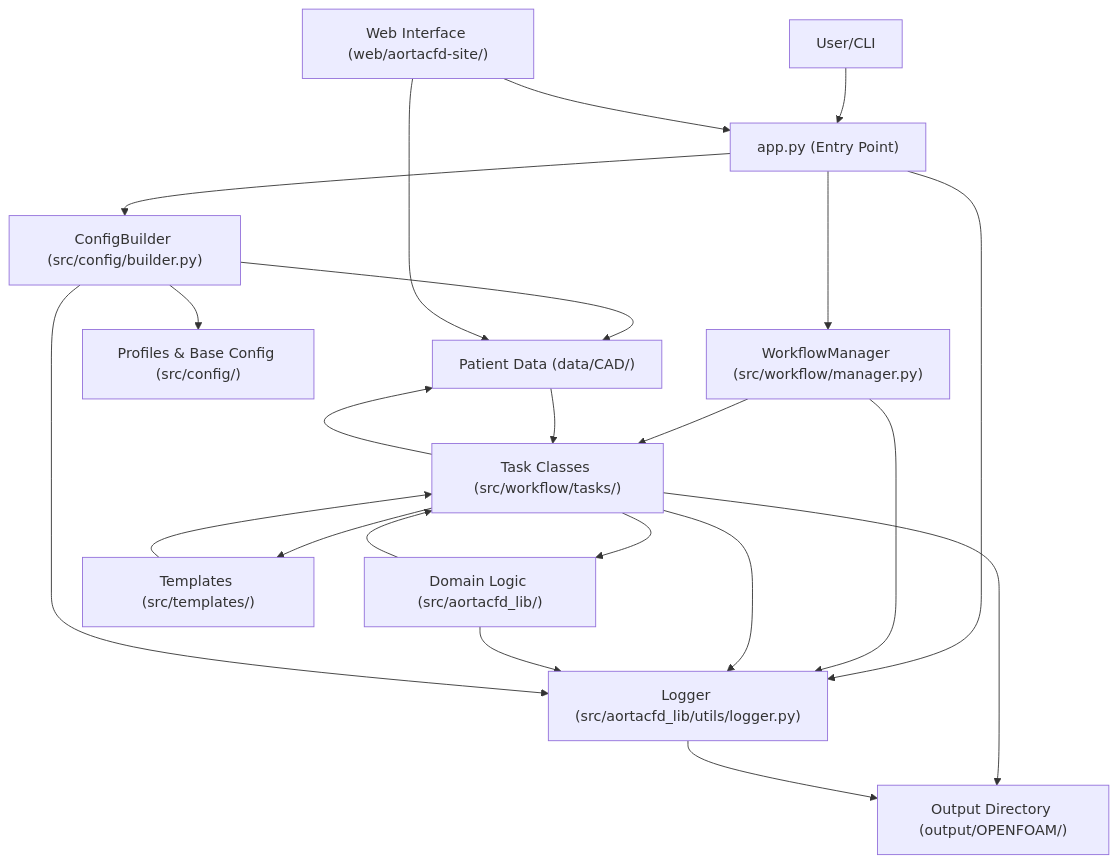
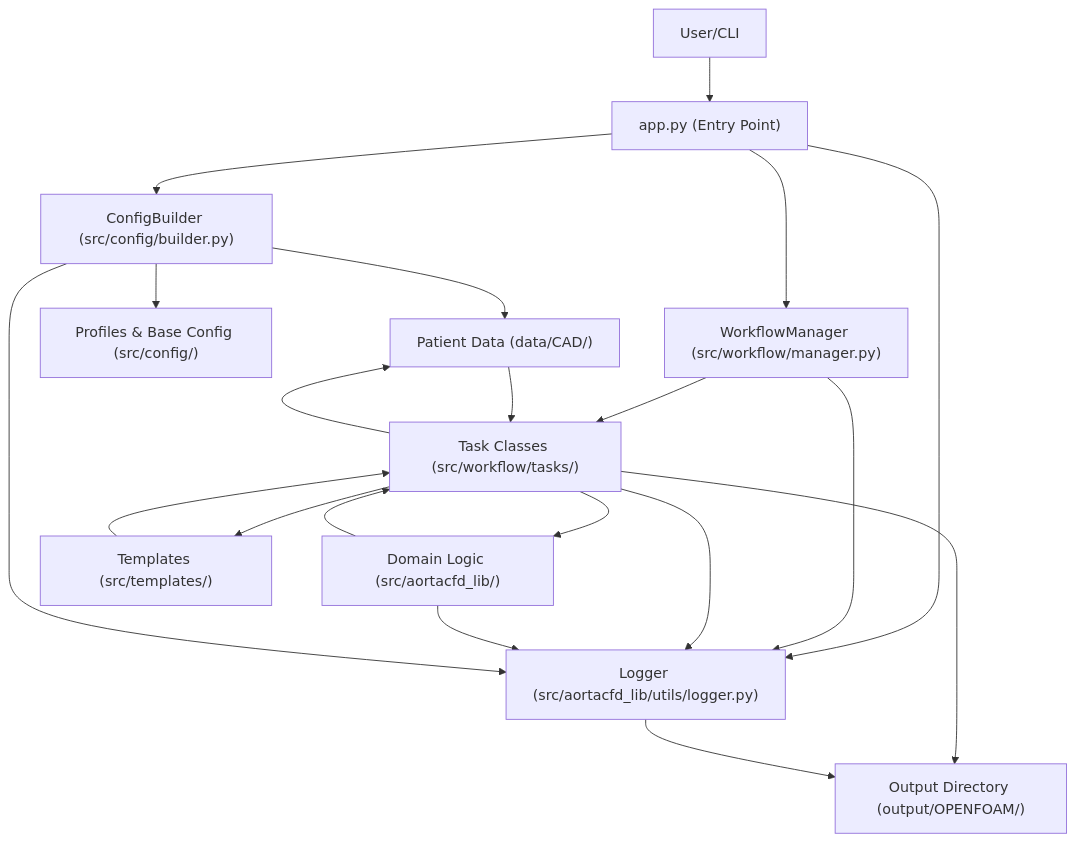
Before and after one commit to JieWangnk/AortaCFD-app: the diagram in README.md, drawn with Mermaid. The commit also changed other lines of this file and 63 other files, not shown here.

````diff
--- a/README.md
+++ b/README.md
@@ -173,25 +175,22 @@
 ```mermaid
 flowchart TD
     A["User/CLI"] --> B["app.py (Entry Point)"]
     B --> C["ConfigBuilder (src/config/builder.py)"]
     B --> D["WorkflowManager (src/workflow/manager.py)"]
     C --> I["Profiles & Base Config (src/config/)"]
     C --> H["Patient Data (data/CAD/)"]
     D --> E["Task Classes (src/workflow/tasks/)"]
     E --> F["Domain Logic (src/aortacfd_lib/)"]
     E --> G["Templates (src/templates/)"]
     E --> H
     E --> K["Output Directory (output/OPENFOAM/)"]
     B --> J["Logger (src/aortacfd_lib/utils/logger.py)"]
     D --> J
     E --> J
     F --> J
     C --> J
     G --> E
     H --> E
     F --> E
     J --> K
-    
-    W["Web Interface (web/aortacfd-site/)"] --> B
-    W --> H
 ```
````
